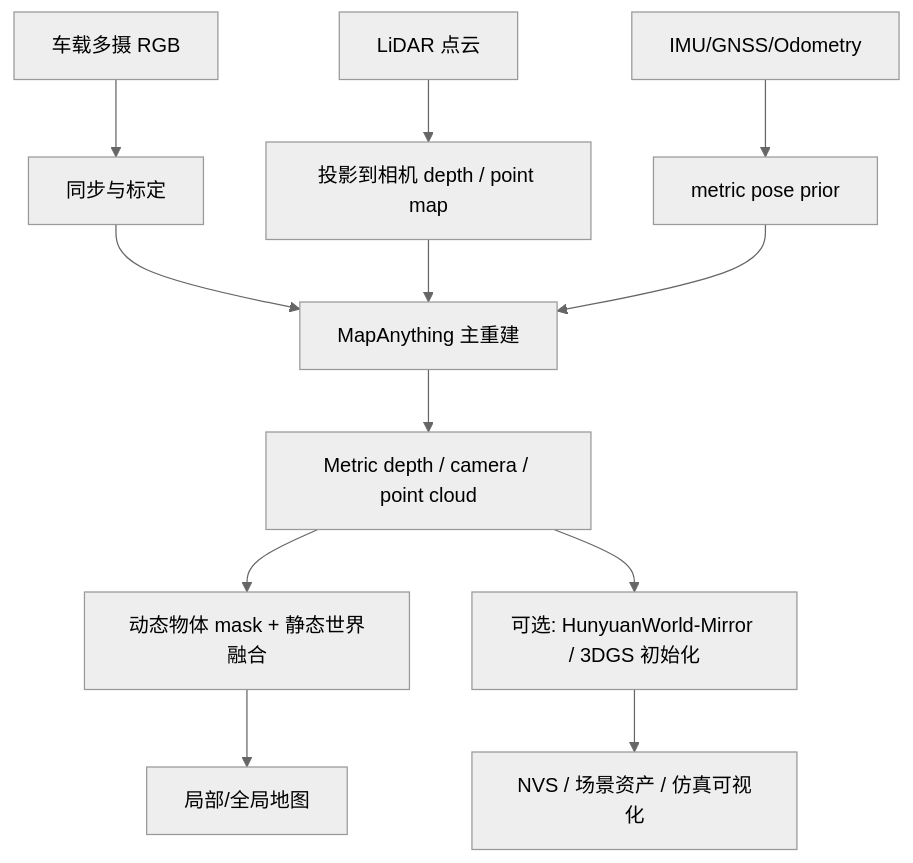
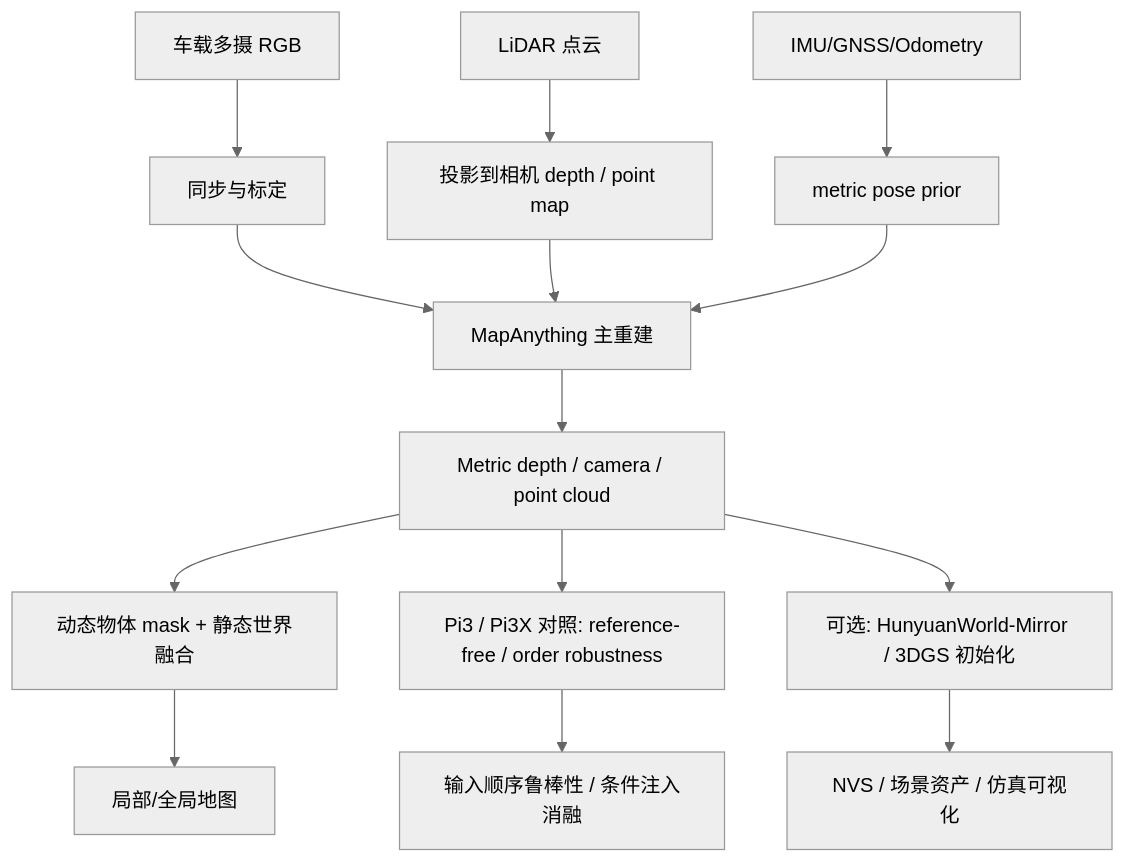
The fifth of 5 diagrams in reports/feedforward_3d_reconstruction_compare.md (Shine233/FrontierLab), drawn with Mermaid (neutral theme) before and after one commit. The commit also changed other lines of this file and 6 other files, not shown here.

````diff
--- a/reports/feedforward_3d_reconstruction_compare.md
+++ b/reports/feedforward_3d_reconstruction_compare.md
@@ -278,14 +340,16 @@
 ```mermaid
 flowchart TD
     A[车载多摄 RGB] --> B[同步与标定]
     L[LiDAR 点云] --> C[投影到相机 depth / point map]
     I[IMU/GNSS/Odometry] --> D[metric pose prior]
     B --> E[MapAnything 主重建]
     C --> E
     D --> E
     E --> F[Metric depth / camera / point cloud]
     F --> G[动态物体 mask + 静态世界融合]
     G --> H[局部/全局地图]
+    F --> P[Pi3 / Pi3X 对照: reference-free / order robustness]
+    P --> Q[输入顺序鲁棒性 / 条件注入消融]
     F --> J[可选: HunyuanWorld-Mirror / 3DGS 初始化]
     J --> K[NVS / 场景资产 / 仿真可视化]
 ```
````
